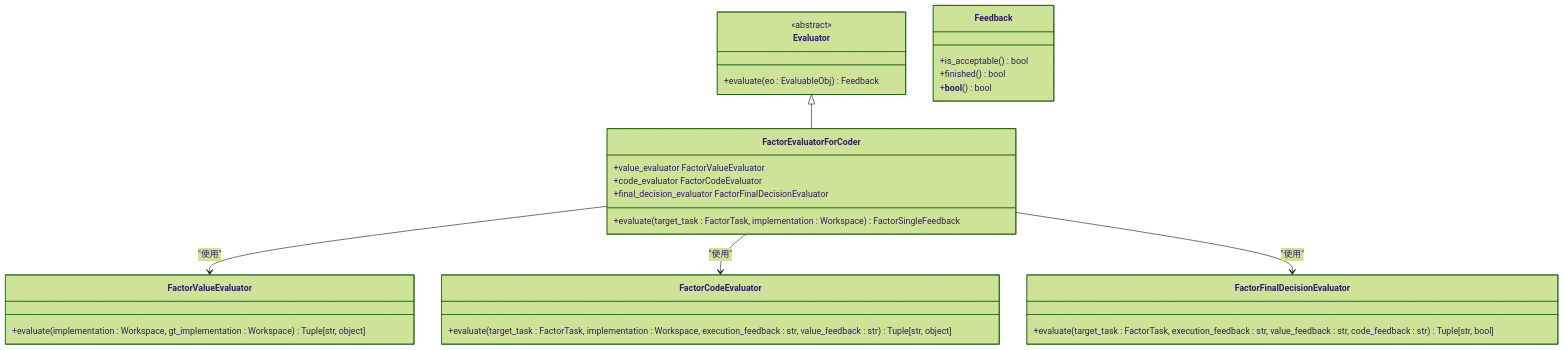
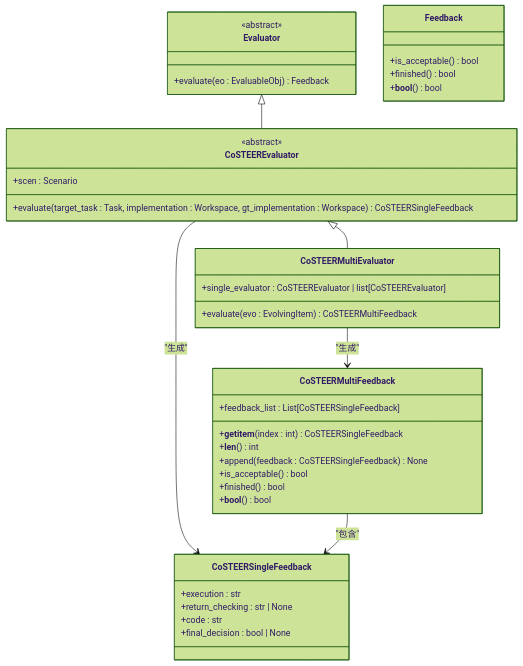
One commit to afanty2021/RD-Agent changed the first of 4 diagrams in .qoder/repowiki/zh/content/核心概念/反馈与评估.md. Above: the diagram before and after it, drawn with Mermaid (forest theme). The commit also changed other lines of this file and 5 other files, not shown here.

````diff
--- a/.qoder/repowiki/zh/content/核心概念/反馈与评估.md
+++ b/.qoder/repowiki/zh/content/核心概念/反馈与评估.md
@@ -33,31 +40,41 @@
 ```mermaid
 classDiagram
 class Evaluator {
 <<abstract>>
 +evaluate(eo : EvaluableObj) Feedback
 }
 class Feedback {
 +is_acceptable() bool
 +finished() bool
 +__bool__() bool
 }
-class FactorEvaluatorForCoder {
-+value_evaluator FactorValueEvaluator
-+code_evaluator FactorCodeEvaluator
-+final_decision_evaluator FactorFinalDecisionEvaluator
-+evaluate(target_task : FactorTask, implementation : Workspace) FactorSingleFeedback
+class CoSTEEREvaluator {
+<<abstract>>
++scen : Scenario
++evaluate(target_task : Task, implementation : Workspace, gt_implementation : Workspace) CoSTEERSingleFeedback
 }
-class FactorValueEvaluator {
-+evaluate(implementation : Workspace, gt_implementation : Workspace) Tuple[str, object]
+class CoSTEERMultiEvaluator {
++single_evaluator : CoSTEEREvaluator | list[CoSTEEREvaluator]
++evaluate(evo : EvolvingItem) CoSTEERMultiFeedback
 }
-class FactorCodeEvaluator {
-+evaluate(target_task : FactorTask, implementation : Workspace, execution_feedback : str, value_feedback : str) Tuple[str, object]
+class CoSTEERSingleFeedback {
++execution : str
++return_checking : str | None
++code : str
++final_decision : bool | None
 }
-class FactorFinalDecisionEvaluator {
-+evaluate(target_task : FactorTask, execution_feedback : str, value_feedback : str, code_feedback : str) Tuple[str, bool]
+class CoSTEERMultiFeedback {
++feedback_list : List[CoSTEERSingleFeedback]
++__getitem__(index : int) CoSTEERSingleFeedback
++__len__() int
++append(feedback : CoSTEERSingleFeedback) None
++is_acceptable() bool
++finished() bool
++__bool__() bool
 }
-Evaluator <|-- FactorEvaluatorForCoder
-FactorEvaluatorForCoder --> FactorValueEvaluator : "使用"
-FactorEvaluatorForCoder --> FactorCodeEvaluator : "使用"
-FactorEvaluatorForCoder --> FactorFinalDecisionEvaluator : "使用"
+Evaluator <|-- CoSTEEREvaluator
+CoSTEEREvaluator <|-- CoSTEERMultiEvaluator
+CoSTEEREvaluator --> CoSTEERSingleFeedback : "生成"
+CoSTEERMultiEvaluator --> CoSTEERMultiFeedback : "生成"
+CoSTEERMultiFeedback --> CoSTEERSingleFeedback : "包含"
 ```
````
